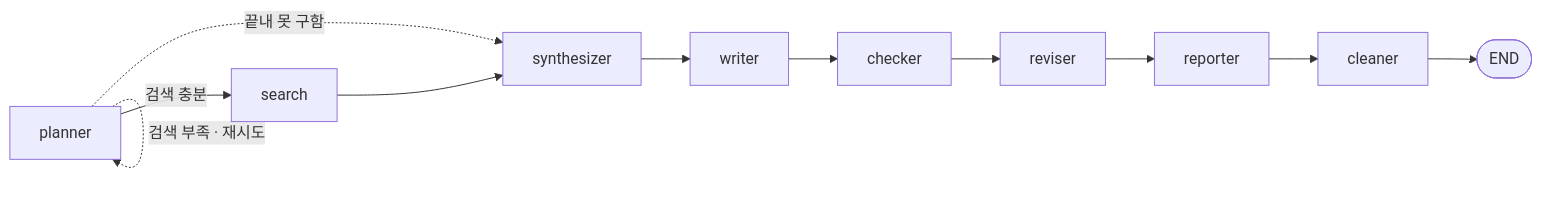
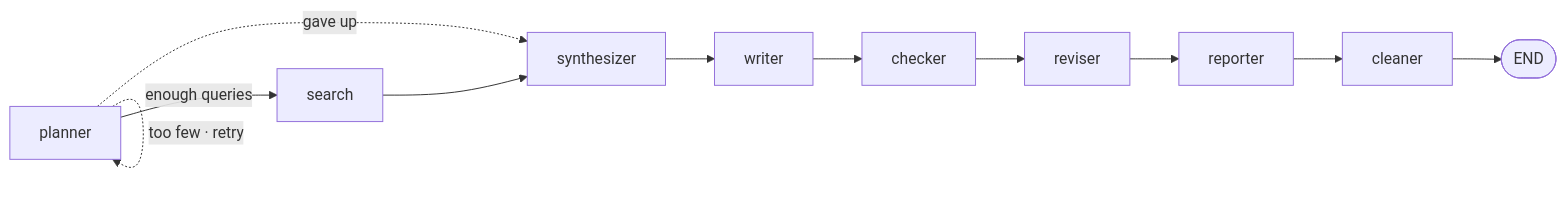
The diagram in README.md (rocknroll17/langgraph_news_agent), drawn with Mermaid before and after one commit. The commit also changed other lines of this file, not shown here.

````diff
--- a/README.md
+++ b/README.md
@@ -48,13 +48,13 @@
 ```mermaid
 flowchart LR
-    P[planner] -->|검색 충분| S[search]
-    P -.->|검색 부족 · 재시도| P
-    P -.->|끝내 못 구함| SY
+    P[planner] -->|enough queries| S[search]
+    P -.->|too few · retry| P
+    P -.->|gave up| SY
     S --> SY[synthesizer]
     SY --> W[writer]
     W --> C[checker]
     C --> R[reviser]
     R --> RP[reporter]
     RP --> CL[cleaner]
     CL --> E([END])
 ```
````
